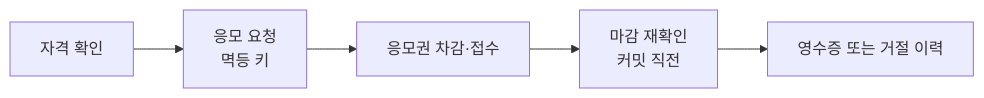
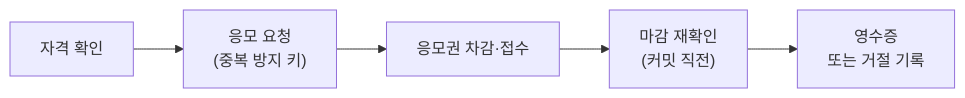
The tenth of 13 diagrams in README.md (GETDDO/getddo-be), drawn with Mermaid before and after one commit. The commit also changed other lines of this file, not shown here.

````diff
--- a/README.md
+++ b/README.md
@@ -482,7 +488,7 @@
 ```mermaid
 flowchart LR
-    Check["자격 확인"] --> Enter["응모 요청<br/>멱등 키"]
+    Check["자격 확인"] --> Enter["응모 요청<br/>(중복 방지 키)"]
     Enter --> Deduct["응모권 차감·접수"]
-    Deduct --> Close["마감 재확인<br/>커밋 직전"]
-    Close --> Receipt["영수증 또는 거절 이력"]
+    Deduct --> Close["마감 재확인<br/>(커밋 직전)"]
+    Close --> Receipt["영수증<br/>또는 거절 기록"]
 ```
````
